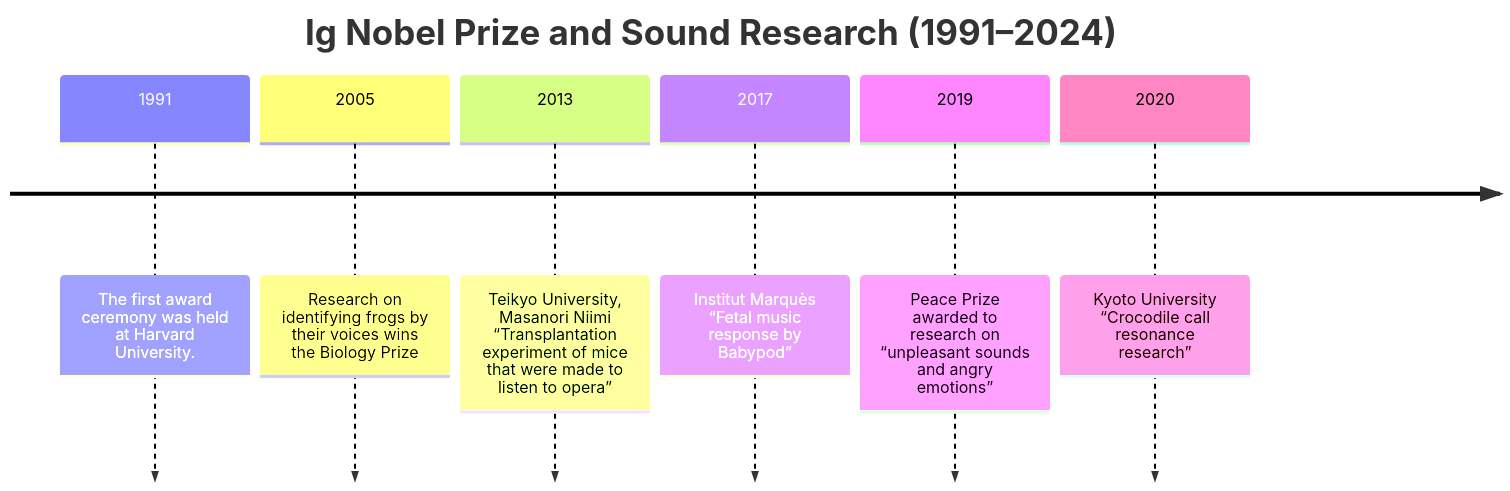
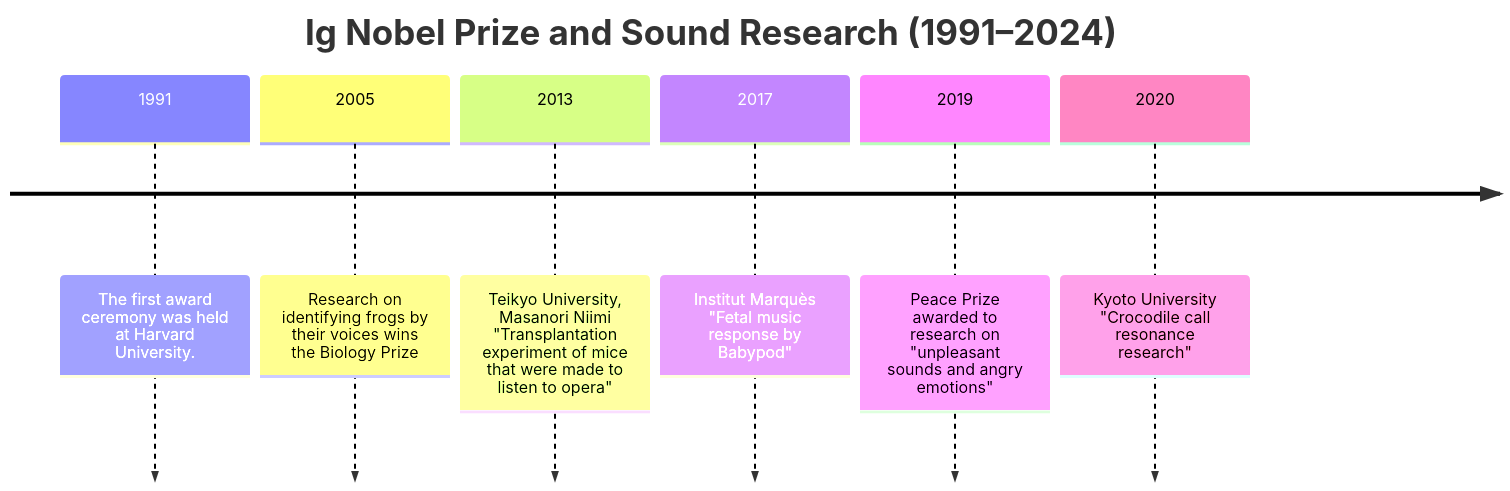
The diagram in en/_posts/2025-10-26-column-ig-nobel-music.md (monumental-movement/monumental-movement.github.io), drawn with Mermaid before and after one commit. The commit also changed other lines of this file and 1697 other files, not shown here.

```diff
--- a/en/_posts/2025-10-26-column-ig-nobel-music.md
+++ b/en/_posts/2025-10-26-column-ig-nobel-music.md
@@ -159,12 +160,13 @@
 <div class="mermaid">
 
 timeline
 title Ig Nobel Prize and Sound Research (1991–2024)
 1991 : The first award ceremony was held at Harvard University.
 2005: Research on identifying frogs by their voices wins the Biology Prize
-2013: Teikyo University, Masanori Niimi “Transplantation experiment of mice that were made to listen to opera”
-2017 : Institut Marquès “Fetal music response by Babypod”
-2019: Peace Prize awarded to research on “unpleasant sounds and angry emotions”
-2020: Kyoto University “Crocodile call resonance research”
+2013: Teikyo University, Masanori Niimi "Transplantation experiment of mice that were made to listen to opera"
+2017 : Institut Marquès "Fetal music response by Babypod"
+2019: Peace Prize awarded to research on "unpleasant sounds and angry emotions"
+2020: Kyoto University "Crocodile call resonance research"
+
 
 </div>
```
